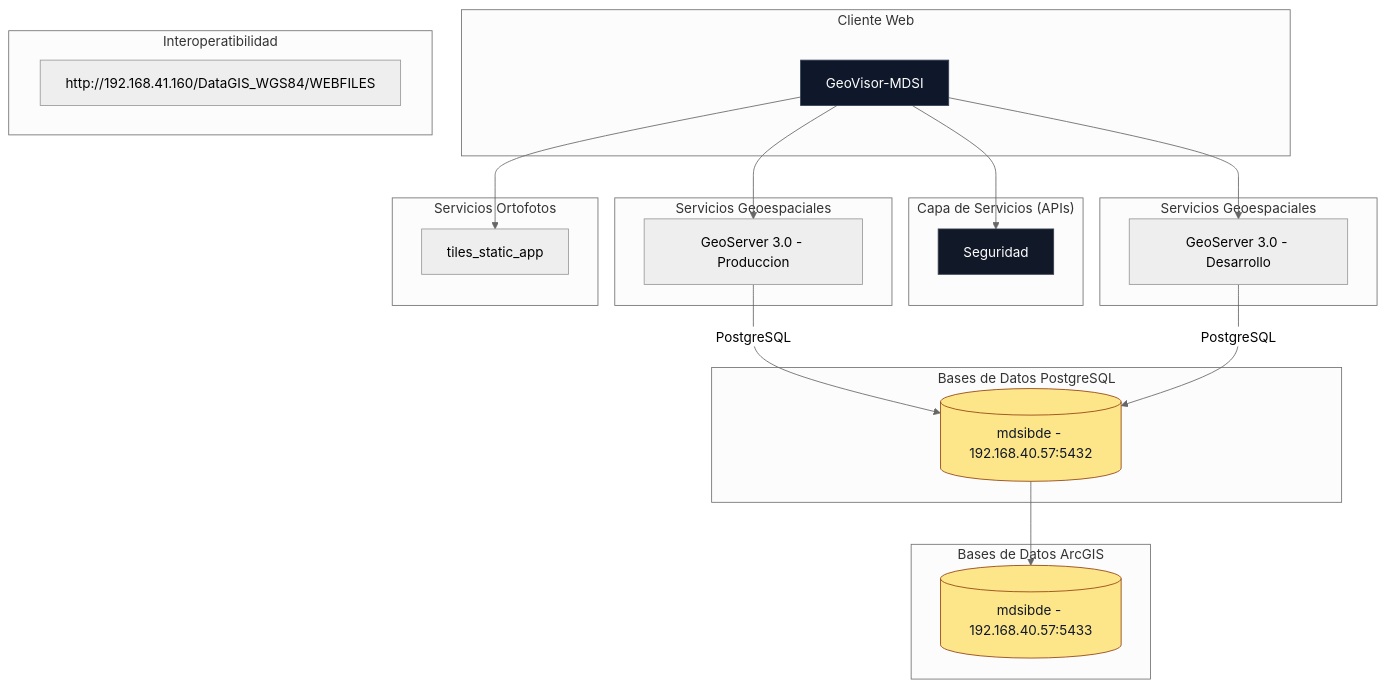
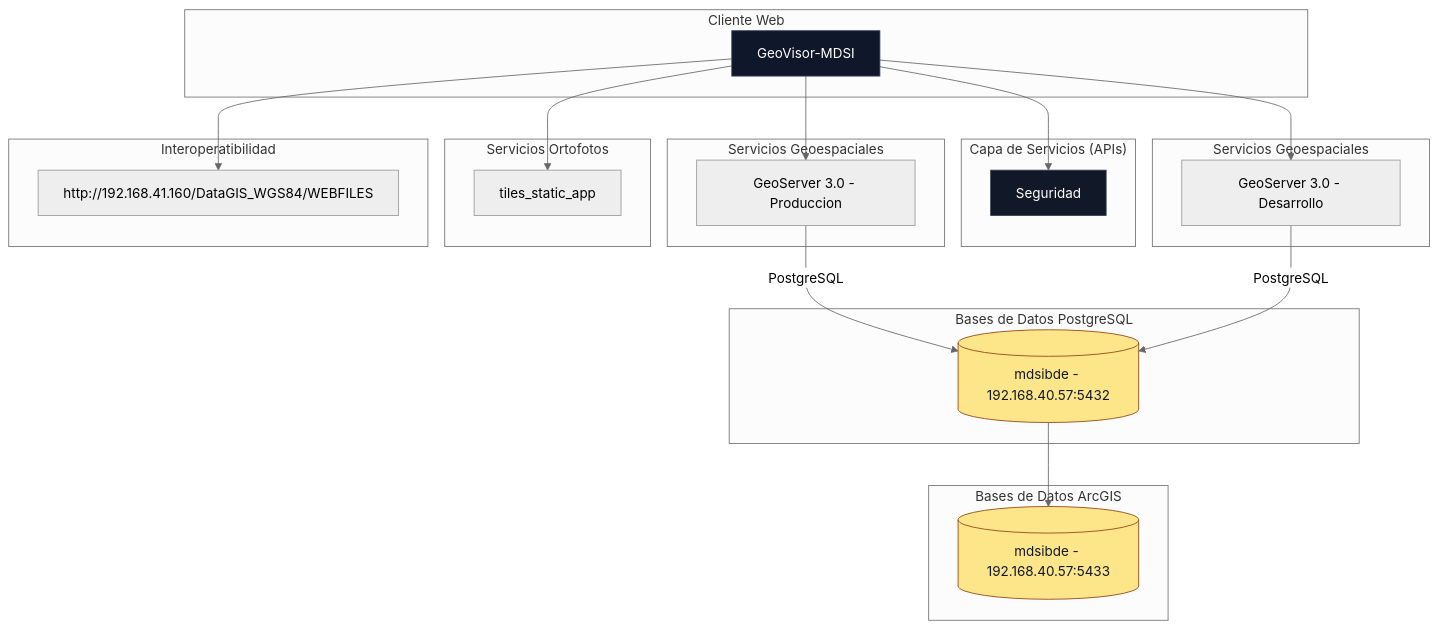
The diagram in README.md (mdsigeovisor/geovisormdsi), drawn with Mermaid (neutral theme) before and after one commit.

````diff
--- a/README.md
+++ b/README.md
@@ -3,62 +3,63 @@
 ```mermaid
 graph TB
   %% =========================
   %% COMPONENTES
   %% =========================
   subgraph "Cliente Web"
     FRONT[GeoVisor-MDSI]
   end
 
   subgraph "Capa de Servicios (APIs)"
     AUTH[Seguridad]
   end
 
   subgraph "Bases de Datos PostgreSQL"
     DB1[(mdsibde - 192.168.40.57:5432)]
   end
 
   subgraph "Bases de Datos ArcGIS"
     DB2[(mdsibde - 192.168.40.57:5433)]
   end
   
   subgraph "Servicios Geoespaciales"
     GEOSERVER_PROD[GeoServer 3.0 - Produccion]
   end
 
   subgraph "Servicios Geoespaciales"
     GEOSERVER_DEV[GeoServer 3.0 - Desarrollo]
   end
 
   subgraph "Servicios Ortofotos"
     ORTOFOTOS[tiles_static_app]
   end
 
   subgraph "Interoperatibilidad"
     INTER[http://192.168.41.160/DataGIS_WGS84/WEBFILES]
   end  
 
   %% =========================
   %% RELACIONES
   %% =========================
   FRONT --> AUTH
   FRONT --> GEOSERVER_PROD
   FRONT --> GEOSERVER_DEV
   FRONT --> ORTOFOTOS
+  FRONT --> INTER
   DB1 --> DB2
   
   GEOSERVER_PROD -- "PostgreSQL" --> DB1
   GEOSERVER_DEV -- "PostgreSQL" --> DB1
   
 
   %% =========================
   %% ESTILOS
   %% =========================
   classDef front fill:#0f172a,stroke:#334155,stroke-width:1px,color:#fff;
   classDef service fill:#111827,stroke:#374151,stroke-width:1px,color:#fff;
   classDef db fill:#fde68a,stroke:#92400e,stroke-width:1px,color:#111827;
 
   class FRONT front;
   class AUTH,GEOSERVER service;
   class DB1 db;
   class DB2 db;
 ```
````
